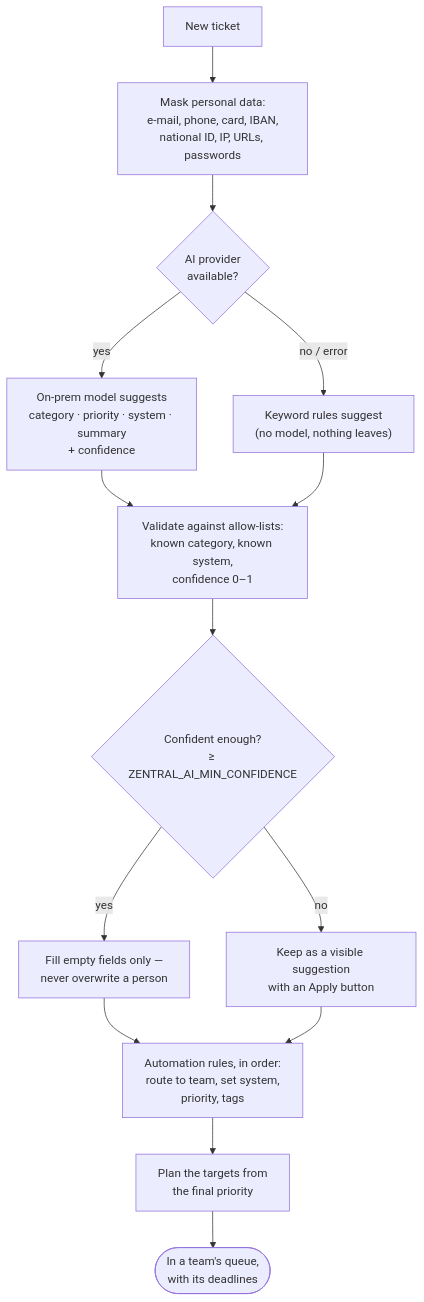
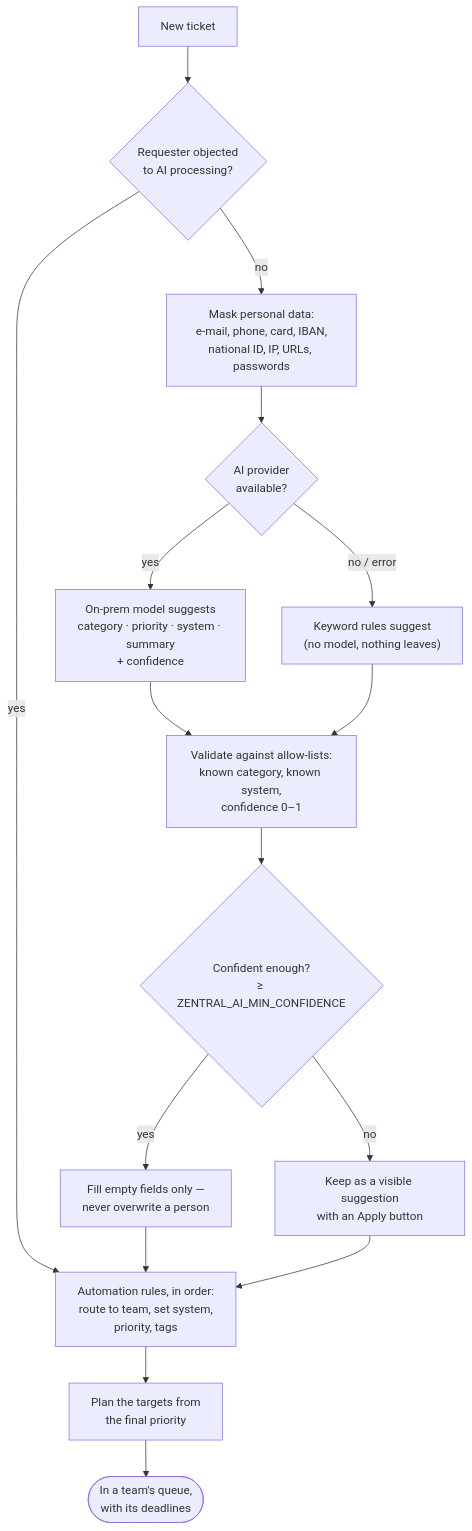
Before and after one commit to rogvid/zentral: the diagram in docs/processes/triage.md, drawn with Mermaid. The commit also changed other lines of this file and 38 other files, not shown here.

First line of the commit message:
Add saved replies, ticket merging and objection to AI processing

````diff
--- a/docs/processes/triage.md
+++ b/docs/processes/triage.md
@@ -12,16 +12,18 @@
 ```mermaid
 flowchart TD
-    T["New ticket"] --> R["Mask personal data:<br/>e-mail, phone, card, IBAN,<br/>national ID, IP, URLs, passwords"]
+    T["New ticket"] --> OB{"Requester objected<br/>to AI processing?"}
+    OB -- yes --> RU
+    OB -- no --> R["Mask personal data:<br/>e-mail, phone, card, IBAN,<br/>national ID, IP, URLs, passwords"]
     R --> P{"AI provider<br/>available?"}
     P -- "yes" --> AI["On-prem model suggests<br/>category · priority · system · summary<br/>+ confidence"]
     P -- "no / error" --> KW["Keyword rules suggest<br/>(no model, nothing leaves)"]
     AI --> V["Validate against allow-lists:<br/>known category, known system,<br/>confidence 0–1"]
     KW --> V
     V --> C{"Confident enough?<br/>≥ ZENTRAL_AI_MIN_CONFIDENCE"}
     C -- yes --> F["Fill empty fields only —<br/>never overwrite a person"]
     C -- no --> S["Keep as a visible suggestion<br/>with an Apply button"]
     F --> RU["Automation rules, in order:<br/>route to team, set system,<br/>priority, tags"]
     S --> RU
     RU --> SL["Plan the targets from<br/>the final priority"]
     SL --> Q(["In a team's queue,<br/>with its deadlines"])
 ```
````
